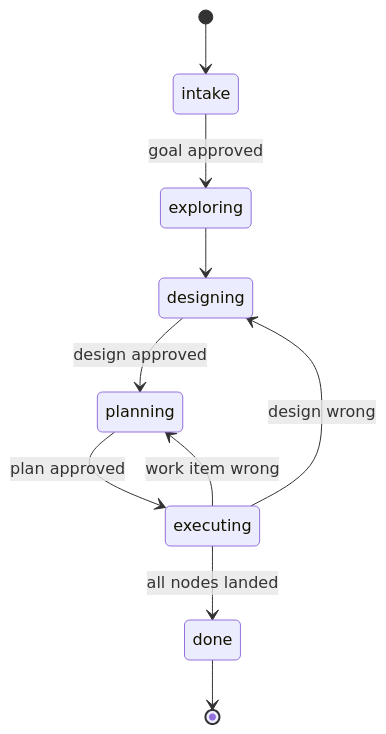
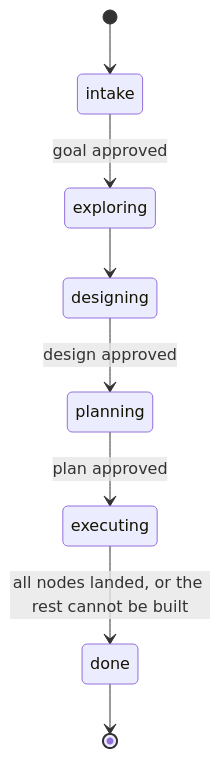
Before and after one commit to hyunbumy/devflow: the first of 4 diagrams in docs/design.md, drawn with Mermaid. The commit also changed other lines of this file and 5 other files, not shown here.

````diff
--- a/docs/design.md
+++ b/docs/design.md
@@ -116,12 +119,10 @@
 ```mermaid
 stateDiagram-v2
     [*] --> intake
     intake --> exploring: goal approved
     exploring --> designing
     designing --> planning: design approved
     planning --> executing: plan approved
-    executing --> planning: work item wrong
-    executing --> designing: design wrong
-    executing --> done: all nodes landed
+    executing --> done: all nodes landed, or the rest cannot be built
     done --> [*]
 ```
````
